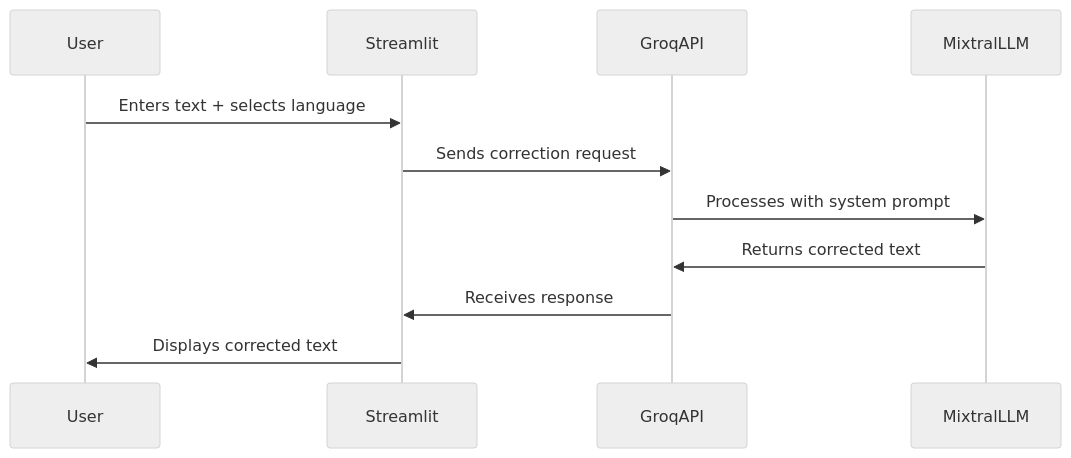
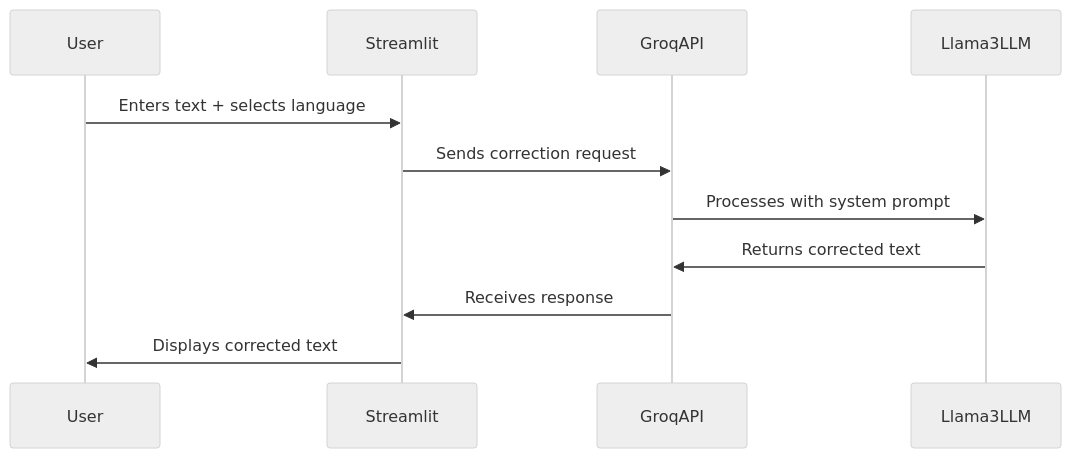
One commit to SimranShaikh20/AI-Powered-Grammar-Spell-Checker changed the diagram in README.md. Above: the diagram before and after it, drawn with Mermaid (neutral theme). The commit also changed other lines of this file, not shown here.

````diff
--- a/README.md
+++ b/README.md
@@ -138,15 +142,15 @@
 ```mermaid
 sequenceDiagram
     participant User
     participant Streamlit
     participant GroqAPI
-    participant MixtralLLM
+    participant Llama3LLM
     
     User->>Streamlit: Enters text + selects language
     Streamlit->>GroqAPI: Sends correction request
-    GroqAPI->>MixtralLLM: Processes with system prompt
-    MixtralLLM->>GroqAPI: Returns corrected text
+    GroqAPI->>Llama3LLM: Processes with system prompt
+    Llama3LLM->>GroqAPI: Returns corrected text
     GroqAPI->>Streamlit: Receives response
     Streamlit->>User: Displays corrected text
 
 ```
````
